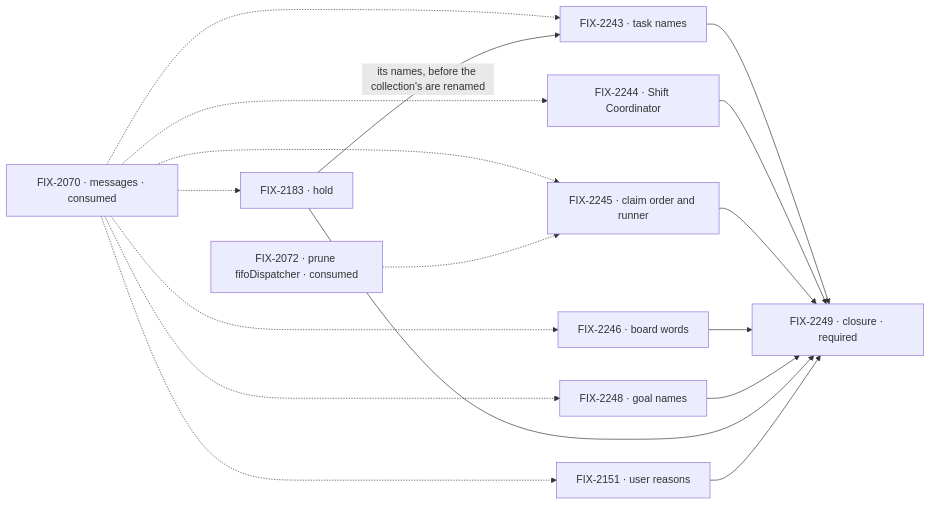
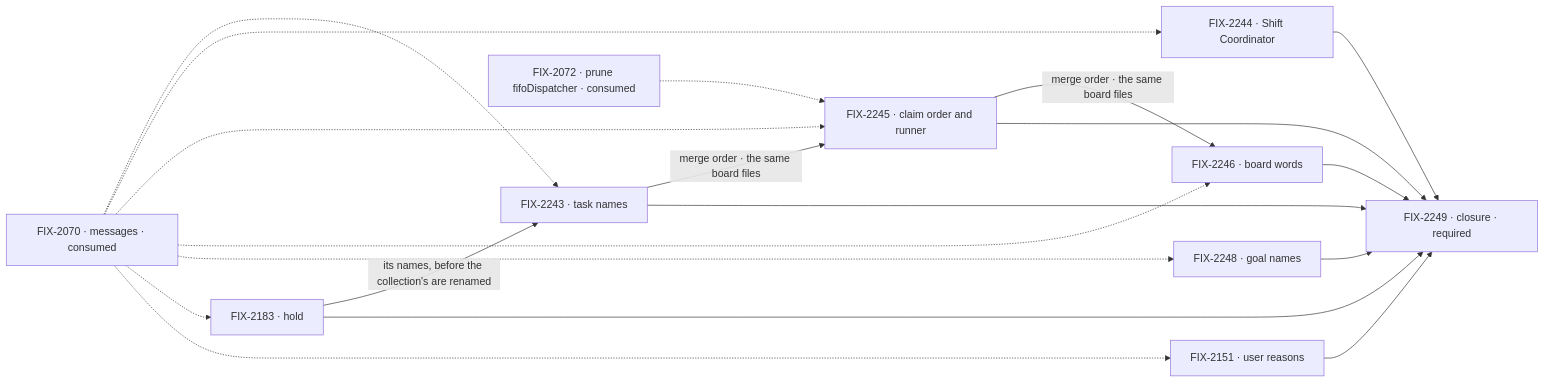
The second of 2 diagrams in specs/epics/FIX-2071/SPEC.md (fixpoint-labs/flow-state-dev), drawn with Mermaid before and after one commit. The commit also changed other lines of this file and 3 other files, not shown here.

````diff
--- a/specs/epics/FIX-2071/SPEC.md
+++ b/specs/epics/FIX-2071/SPEC.md
@@ -97,19 +97,21 @@
 ```mermaid
 flowchart LR
   M["FIX-2070 · messages · consumed"] -.-> A["FIX-2243 · task names"]
   M -.-> B["FIX-2244 · Shift Coordinator"]
   M -.-> C["FIX-2245 · claim order and runner"]
   M -.-> D["FIX-2246 · board words"]
   M -.-> G["FIX-2248 · goal names"]
   M -.-> H["FIX-2183 · hold"]
   M -.-> U["FIX-2151 · user reasons"]
   K["FIX-2072 · prune fifoDispatcher · consumed"] -.-> C
   H -->|"its names, before the collection's are renamed"| A
+  A -->|"merge order · the same board files"| C
+  C -->|"merge order · the same board files"| D
   A --> P["FIX-2249 · closure · required"]
   B --> P
   C --> P
   D --> P
   G --> P
   H --> P
   U --> P
 ```
````
